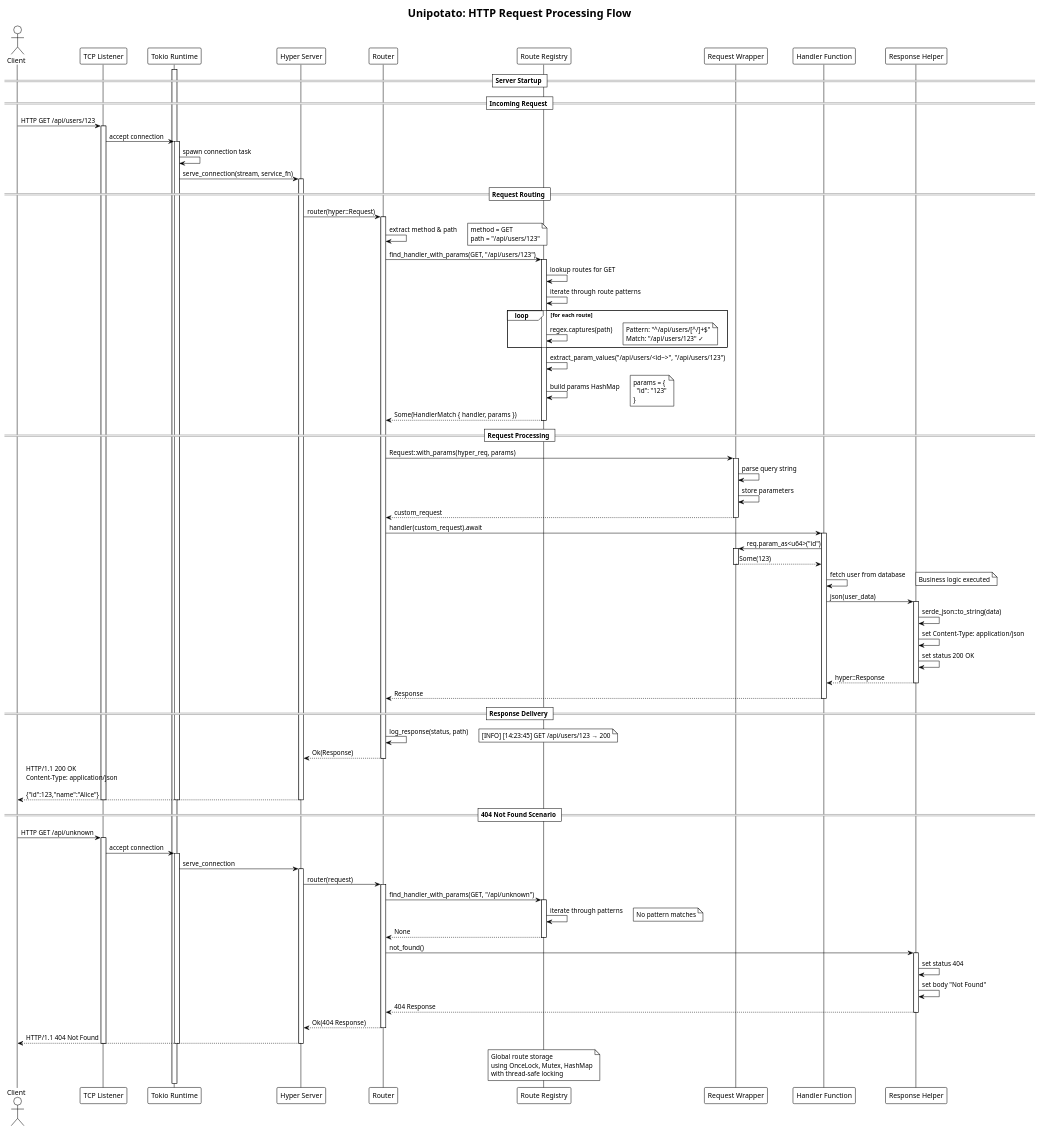
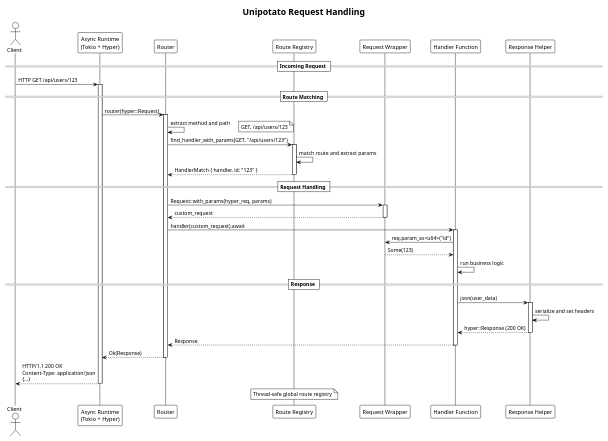
The diagram in sequence-request.puml (amoschanGH/unipotato), drawn with PlantUML before and after one commit. The commit also changed 3 other files, not shown here.

Commit message:
feat: Update architecture and class diagrams for improved clarity and accuracy

```diff
--- a/sequence-request.puml
+++ b/sequence-request.puml
@@ -1,158 +1,50 @@
 @startuml Unipotato Request Handling Sequence
 !theme plain
-
-title Unipotato: HTTP Request Processing Flow
-
+scale 0.8
+title Unipotato Request Handling
 actor Client
-participant "TCP Listener" as TCP
-participant "Tokio Runtime" as Tokio
-participant "Hyper Server" as Hyper
+participant "Async Runtime\n(Tokio + Hyper)" as Runtime
 participant "Router" as Router
 participant "Route Registry" as Registry
 participant "Request Wrapper" as Request
 participant "Handler Function" as Handler
 participant "Response Helper" as Response
-
-== Server Startup ==
-activate Tokio
-note right: Server initialized\nRoutes registered
-
 == Incoming Request ==
-Client -> TCP: HTTP GET /api/users/123
-activate TCP
-
-TCP -> Tokio: accept connection
-activate Tokio
-
-Tokio -> Tokio: spawn connection task
-Tokio -> Hyper: serve_connection(stream, service_fn)
-activate Hyper
-
-== Request Routing ==
-Hyper -> Router: router(hyper::Request)
+Client -> Runtime: HTTP GET /api/users/123
+activate Runtime
+== Route Matching ==
+Runtime -> Router: router(hyper::Request)
 activate Router
-
-Router -> Router: extract method & path
-note right
-  method = GET
-  path = "/api/users/123"
-end note
-
+Router -> Router: extract method and path
+note right: GET, /api/users/123
 Router -> Registry: find_handler_with_params(GET, "/api/users/123")
 activate Registry
-
-Registry -> Registry: lookup routes for GET
-Registry -> Registry: iterate through route patterns
-
-loop for each route
-  Registry -> Registry: regex.captures(path)
-  note right
-    Pattern: "^/api/users/[^/]+$"
-    Match: "/api/users/123" ✓
-  end note
-end
-
-Registry -> Registry: extract_param_values("/api/users/~<id~>", "/api/users/123")
-Registry -> Registry: build params HashMap
-note right
-  params = {
-    "id": "123"
-  }
-end note
-
-Registry --> Router: Some(HandlerMatch { handler, params })
+Registry -> Registry: match route and extract params
+Registry --> Router: HandlerMatch { handler, id: "123" }
 deactivate Registry
-
-== Request Processing ==
+== Request Handling ==
 Router -> Request: Request::with_params(hyper_req, params)
 activate Request
-
-Request -> Request: parse query string
-Request -> Request: store parameters
 Request --> Router: custom_request
 deactivate Request
-
 Router -> Handler: handler(custom_request).await
 activate Handler
-
 Handler -> Request: req.param_as<u64>("id")
-activate Request
 Request --> Handler: Some(123)
-deactivate Request
-
-Handler -> Handler: fetch user from database
-note right: Business logic executed
-
+Handler -> Handler: run business logic
+== Response ==
 Handler -> Response: json(user_data)
 activate Response
-
-Response -> Response: serde_json::to_string(data)
-Response -> Response: set Content-Type: application/json
-Response -> Response: set status 200 OK
-
-Response --> Handler: hyper::Response
+Response -> Response: serialize and set headers
+Response --> Handler: hyper::Response (200 OK)
 deactivate Response
-
-Handler --> Router: Response
+Handler --> Router: Response  
 deactivate Handler
-
-== Response Delivery ==
-Router -> Router: log_response(status, path)
-note right: [INFO] [14:23:45] GET /api/users/123 → 200
-
-Router --> Hyper: Ok(Response)
+Router --> Runtime: Ok(Response)
 deactivate Router
-
-Hyper --> Client: HTTP/1.1 200 OK\nContent-Type: application/json\n\n{"id":123,"name":"Alice"}
-deactivate Hyper
-
-deactivate Tokio
-deactivate TCP
-
-== 404 Not Found Scenario ==
-Client -> TCP: HTTP GET /api/unknown
-activate TCP
-
-TCP -> Tokio: accept connection
-activate Tokio
-
-Tokio -> Hyper: serve_connection
-activate Hyper
-
-Hyper -> Router: router(request)
-activate Router
-
-Router -> Registry: find_handler_with_params(GET, "/api/unknown")
-activate Registry
-
-Registry -> Registry: iterate through patterns
-note right: No pattern matches
-
-Registry --> Router: None
-deactivate Registry
-
-Router -> Response: not_found()
-activate Response
-
-Response -> Response: set status 404
-Response -> Response: set body "Not Found"
-
-Response --> Router: 404 Response
-deactivate Response
-
-Router --> Hyper: Ok(404 Response)
-deactivate Router
-
-Hyper --> Client: HTTP/1.1 404 Not Found
-deactivate Hyper
-
-deactivate Tokio
-deactivate TCP
-
+Runtime --> Client: HTTP/1.1 200 OK\nContent-Type: application/json\n{...}
+deactivate Runtime
 note over Registry
-  Global route storage
-  using OnceLock, Mutex, HashMap
-  with thread-safe locking
+  Thread-safe global route registry
 end note
-
 @enduml
```
